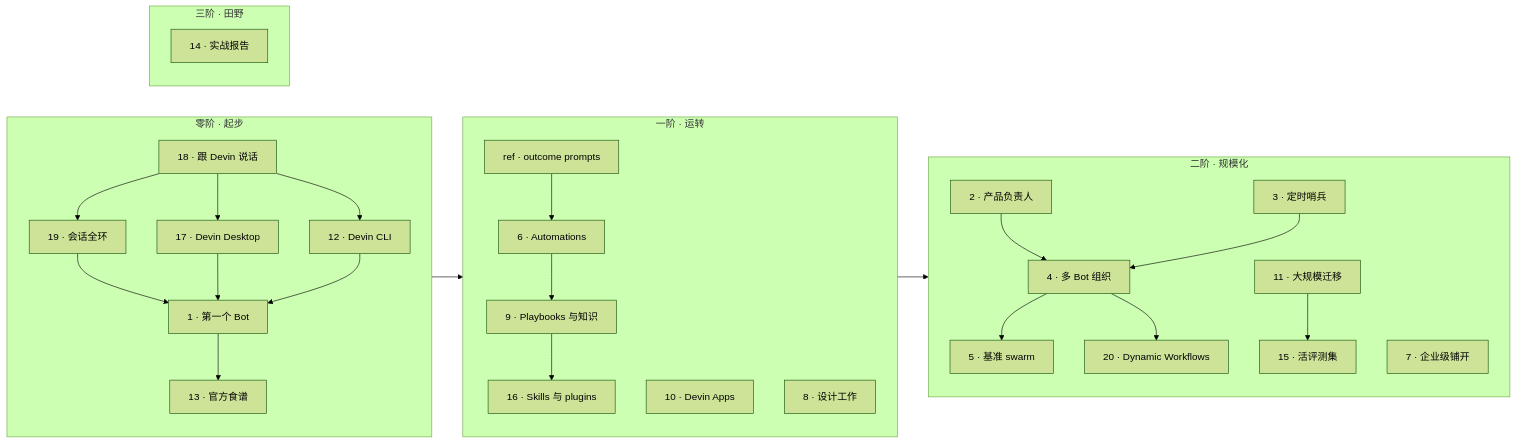
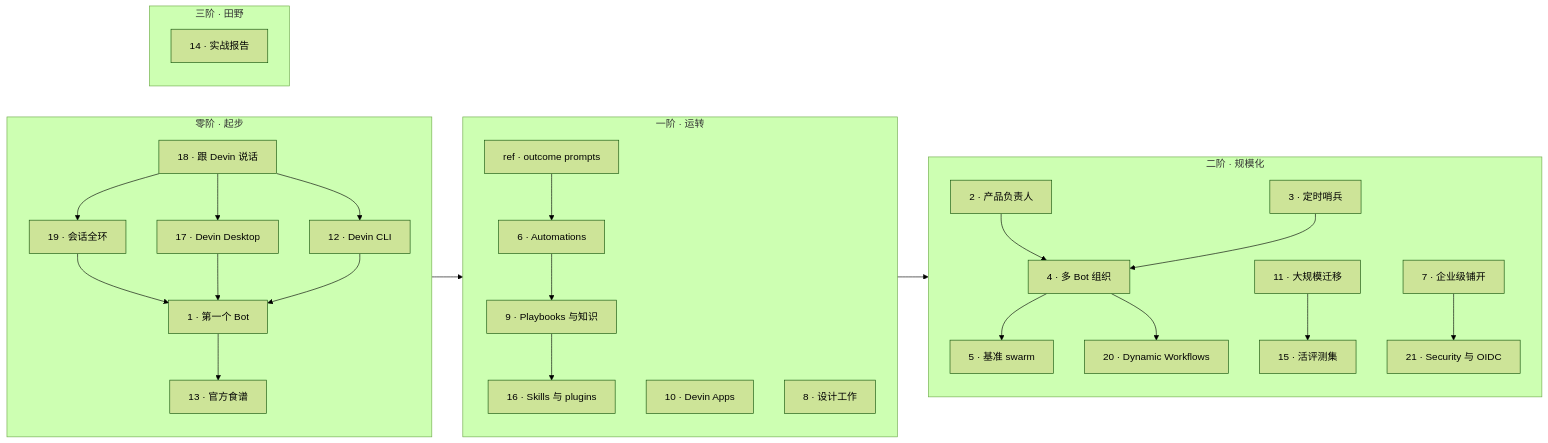
Before and after one commit to Till3005/build-with-devin: the diagram in README.zh.md, drawn with Mermaid (forest theme). The commit also changed other lines of this file and 7 other files, not shown here.

Commit message:
Add Security Profiles and Cloud OIDC guide

````diff
--- a/README.zh.md
+++ b/README.zh.md
@@ -27,31 +27,32 @@
 ```mermaid
 flowchart LR
     subgraph S0["零阶 · 起步"]
       G18["18 · 跟 Devin 说话"] --> G17["17 · Devin Desktop"]
       G18 --> G12["12 · Devin CLI"]
       G18 --> G19["19 · 会话全环"]
       G19 --> G1
       G17 --> G1["1 · 第一个 Bot"]
       G12 --> G1
       G1 --> G13["13 · 官方食谱"]
     end
     subgraph S1["一阶 · 运转"]
       GP["ref · outcome prompts"] --> G6["6 · Automations"]
       G6 --> G9["9 · Playbooks 与知识"]
       G9 --> G16["16 · Skills 与 plugins"]
       G10["10 · Devin Apps"]
       G8["8 · 设计工作"]
     end
     subgraph S2["二阶 · 规模化"]
       G2["2 · 产品负责人"] --> G4["4 · 多 Bot 组织"]
       G3["3 · 定时哨兵"] --> G4
       G4 --> G5["5 · 基准 swarm"]
       G11["11 · 大规模迁移"] --> G15["15 · 活评测集"]
       G7["7 · 企业级铺开"]
       G4 --> G20["20 · Dynamic Workflows"]
+      G7 --> G21["21 · Security 与 OIDC"]
     end
     subgraph S3["三阶 · 田野"]
       G14["14 · 实战报告"]
     end
     S0 --> S1 --> S2
 ```
````
